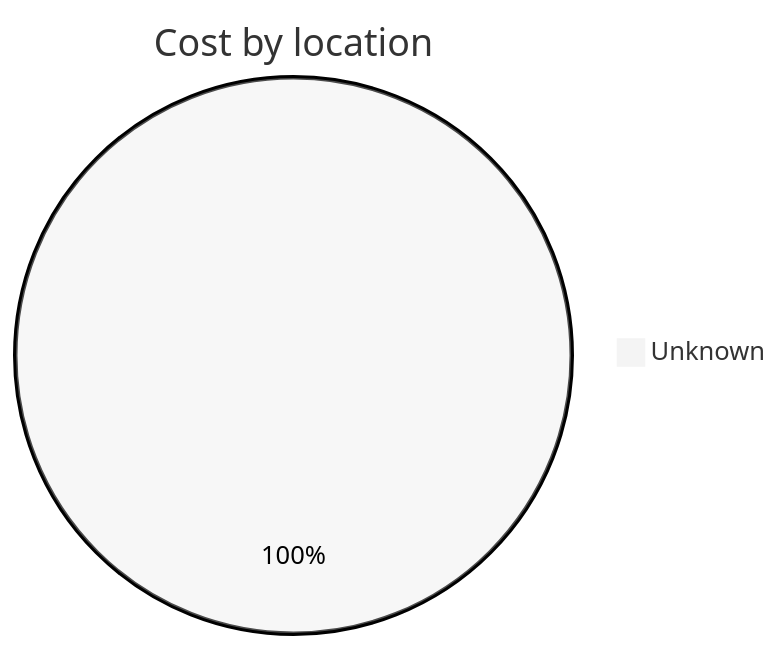
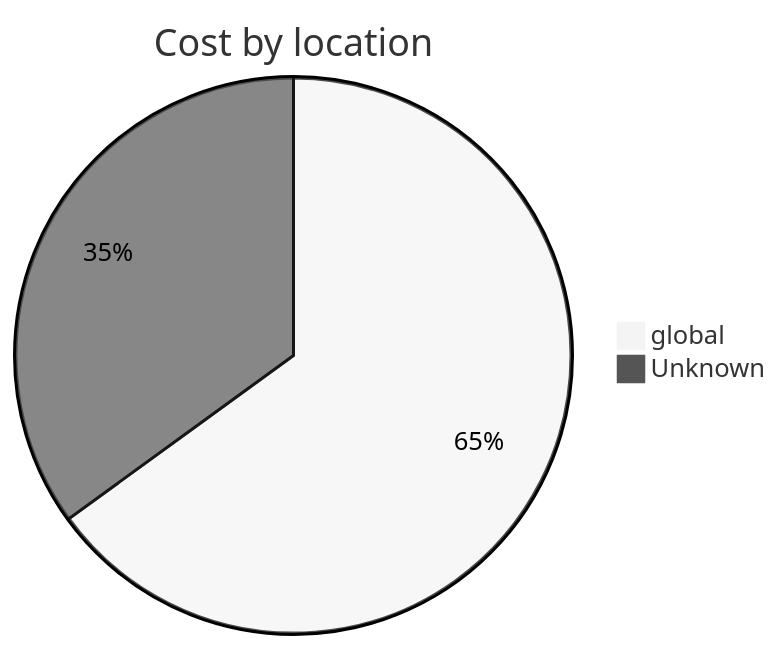
The third of 4 diagrams in cost-reports/personal-network/private.jpatrickfulton.com.md (jpfulton/azure-personal-reports), drawn with Mermaid (neutral theme) before and after one commit. The commit also changed other lines of this file and 7 other files, not shown here.

````diff
--- a/cost-reports/personal-network/private.jpatrickfulton.com.md
+++ b/cost-reports/personal-network/private.jpatrickfulton.com.md
@@ -107,5 +108,6 @@
 ```mermaid
 pie
    title Cost by location
-   "Unknown" : 0.39
+   "global" : 0.26
+   "Unknown" : 0.14
 ```
````
